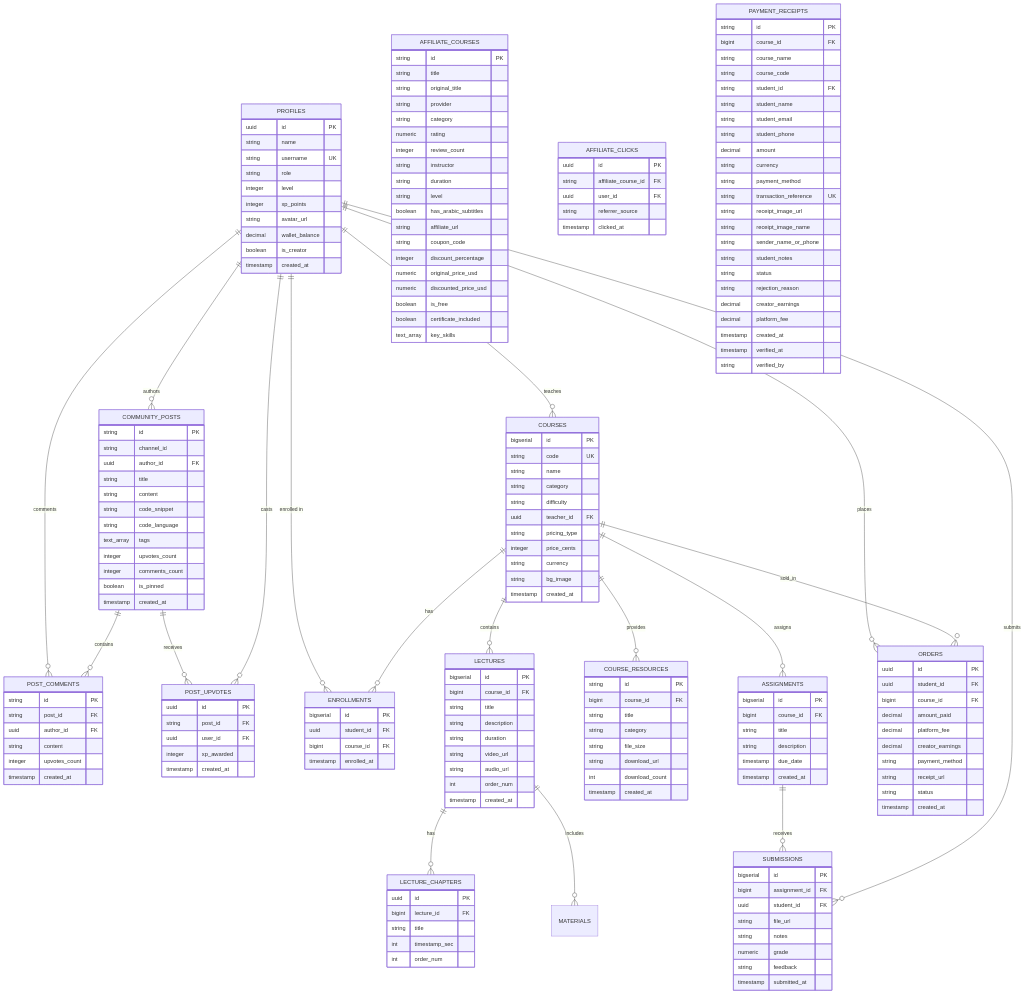
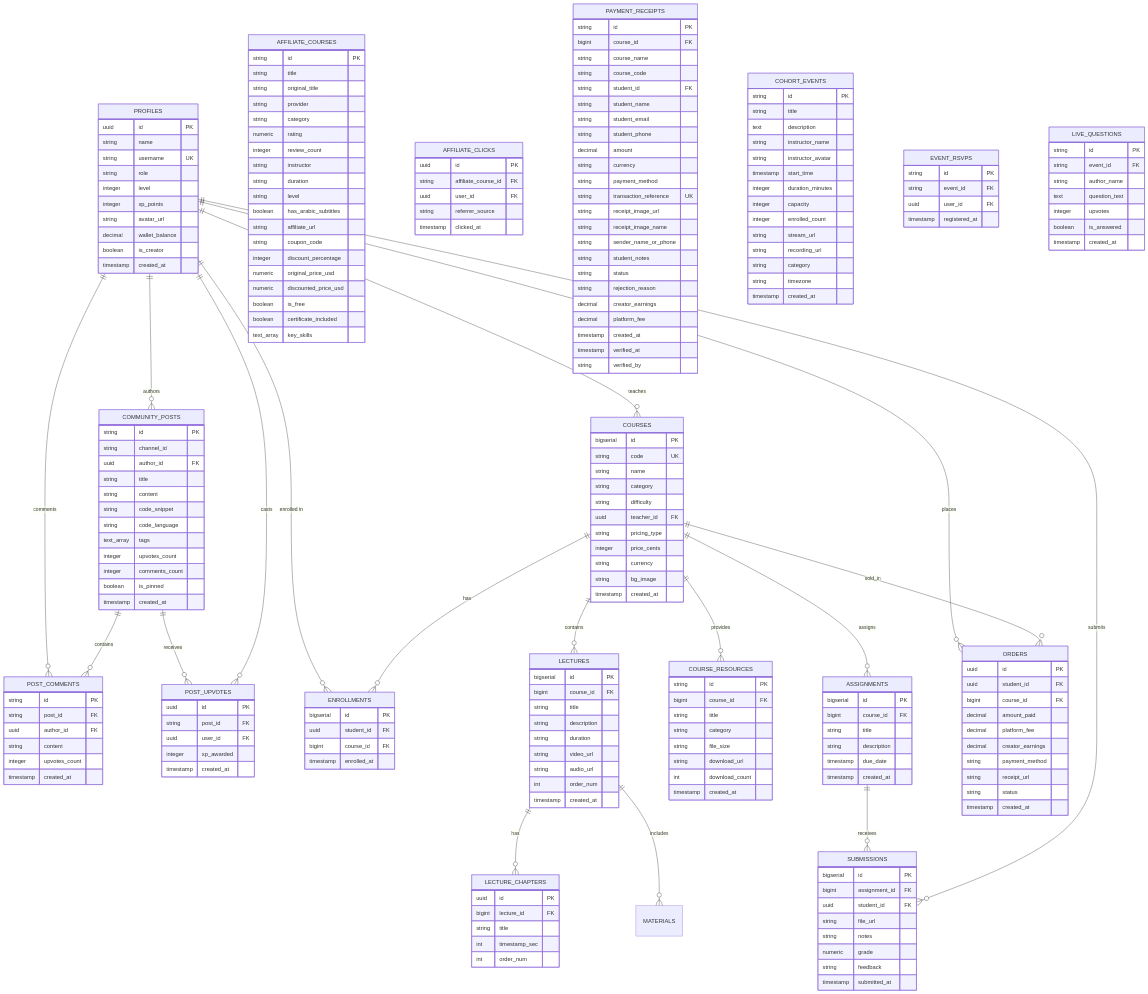
Before and after one commit to ta3allam/ta3: the diagram in erd.md, drawn with Mermaid. The commit also changed 3 other files, not shown here.

Commit message:
docs(all): synchronize architecture, ERD, component catalog, and README for Day 5 release

````diff
--- a/erd.md
+++ b/erd.md
@@ -206,4 +206,38 @@
         timestamp verified_at
         string verified_by
     }
+
+    COHORT_EVENTS {
+        string id PK
+        string title
+        text description
+        string instructor_name
+        string instructor_avatar
+        timestamp start_time
+        integer duration_minutes
+        integer capacity
+        integer enrolled_count
+        string stream_url
+        string recording_url
+        string category
+        string timezone
+        timestamp created_at
+    }
+
+    EVENT_RSVPS {
+        string id PK
+        string event_id FK
+        uuid user_id FK
+        timestamp registered_at
+    }
+
+    LIVE_QUESTIONS {
+        string id PK
+        string event_id FK
+        string author_name
+        text question_text
+        integer upvotes
+        boolean is_answered
+        timestamp created_at
+    }
 ```
````
